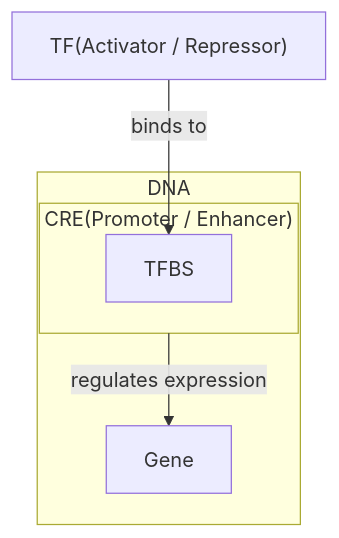
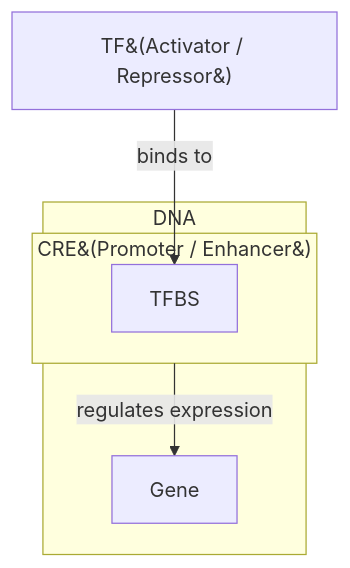
Before and after one commit to Yongsik-Lee/marl: the diagram in _posts/2025-04-28-20205266.md, drawn with Mermaid.

```diff
--- a/_posts/2025-04-28-20205266.md
+++ b/_posts/2025-04-28-20205266.md
@@ -79,15 +79,15 @@
 {% mermaid %}
 graph TD
   
-  subgraph CRE["CRE(Promoter / Enhancer)"]
+  subgraph CRE["CRE&#40;Promoter / Enhancer&#41;"]
         TFBS["TFBS"]
   end
   
   subgraph DNA["DNA"]
         Gene["Gene"]
         CRE
   end
-    TF["TF(Activator / Repressor)"] -- binds to --> TFBS
+    TF["TF&#40;Activator / Repressor&#41;"] -- binds to --> TFBS
     CRE -- regulates expression --> Gene
 
 {% endmermaid %}
```
